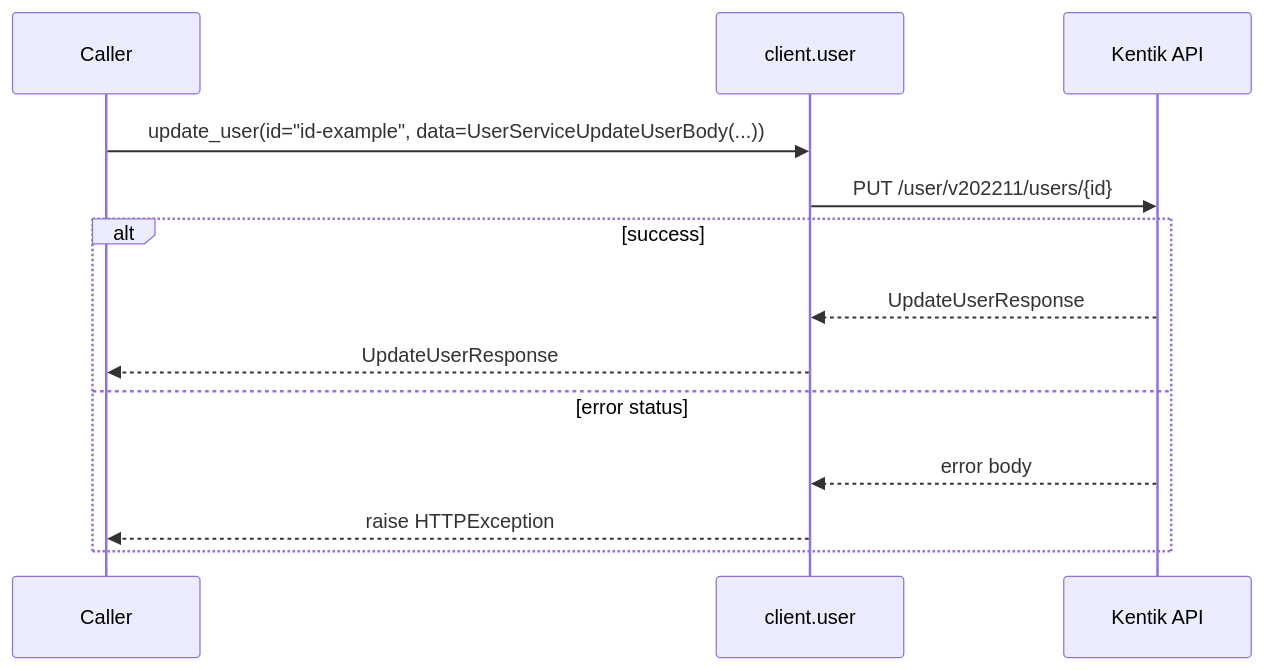
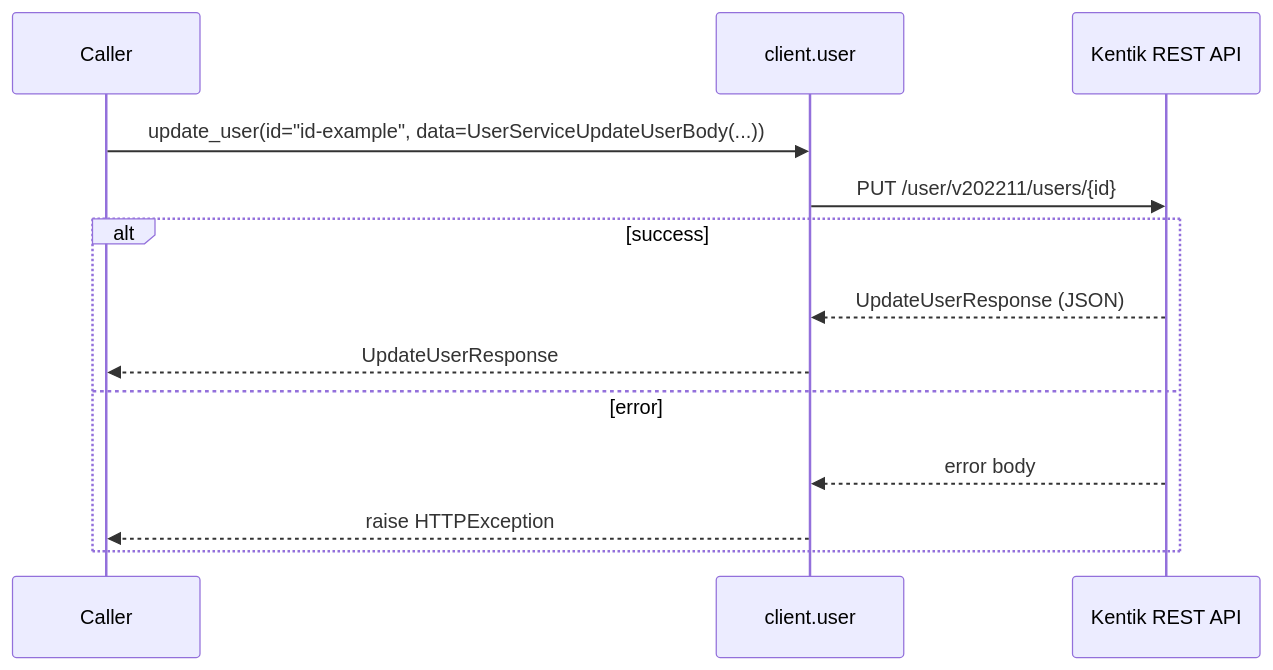
Before and after one commit to alexdearaujo/community_sdk_python: the eighth of 16 diagrams in docs/sphinx/services/user.md, drawn with Mermaid. The commit also changed other lines of this file and 61 other files, not shown here.

````diff
--- a/docs/sphinx/services/user.md
+++ b/docs/sphinx/services/user.md
@@ -175,16 +252,16 @@
 ```mermaid
 sequenceDiagram
     participant C as Caller
     participant W as client.user
-    participant API as Kentik API
+    participant API as Kentik REST API
 
     C->>W: update_user(id="id-example", data=UserServiceUpdateUserBody(...))
     W->>API: PUT /user/v202211/users/{id}
     alt success
-        API-->>W: UpdateUserResponse
+        API-->>W: UpdateUserResponse (JSON)
         W-->>C: UpdateUserResponse
-    else error status
+    else error
         API-->>W: error body
         W-->>C: raise HTTPException
     end
 ```
````
